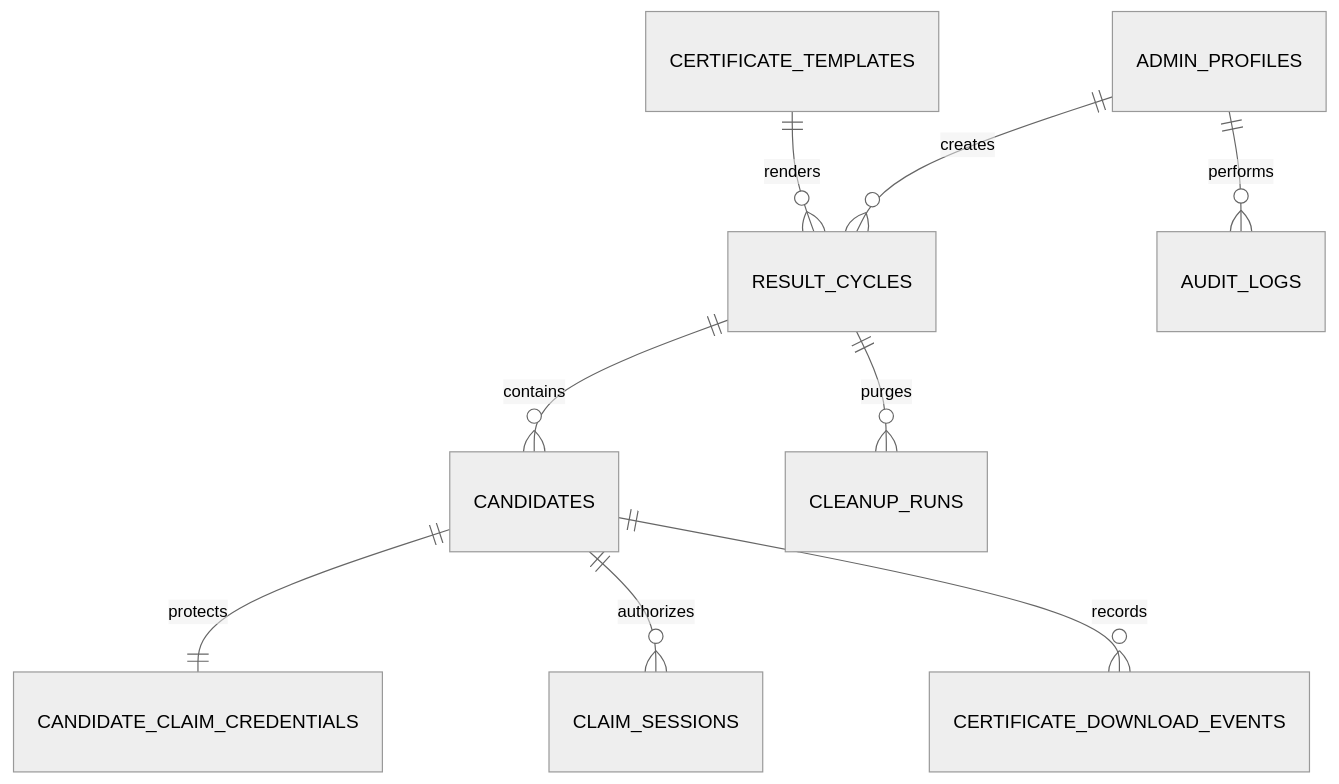
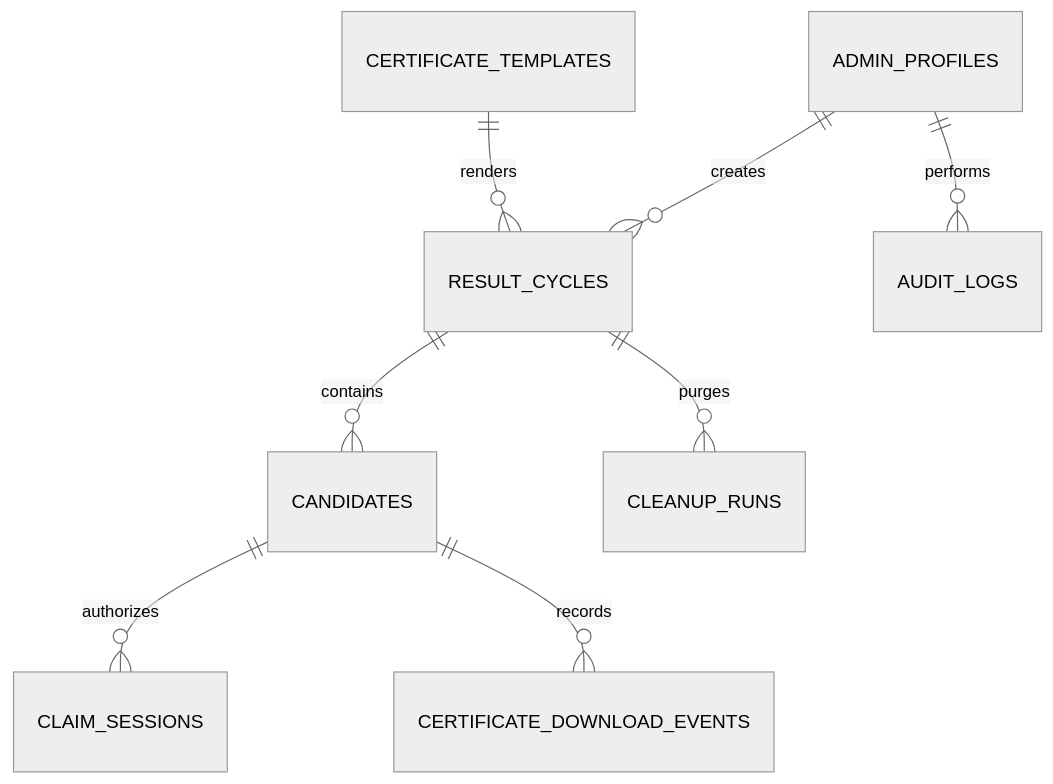
Before and after one commit to Jatin-Purbia/top-ten-certificates: the second of 4 diagrams in docs/architecture.md, drawn with Mermaid (neutral theme). The commit also changed other lines of this file and 30 other files, not shown here.

````diff
--- a/docs/architecture.md
+++ b/docs/architecture.md
@@ -17,11 +17,10 @@
 ```mermaid
 erDiagram
   ADMIN_PROFILES ||--o{ RESULT_CYCLES : creates
   CERTIFICATE_TEMPLATES ||--o{ RESULT_CYCLES : renders
   RESULT_CYCLES ||--o{ CANDIDATES : contains
-  CANDIDATES ||--|| CANDIDATE_CLAIM_CREDENTIALS : protects
   CANDIDATES ||--o{ CLAIM_SESSIONS : authorizes
   CANDIDATES ||--o{ CERTIFICATE_DOWNLOAD_EVENTS : records
   RESULT_CYCLES ||--o{ CLEANUP_RUNS : purges
   ADMIN_PROFILES ||--o{ AUDIT_LOGS : performs
 ```
````
